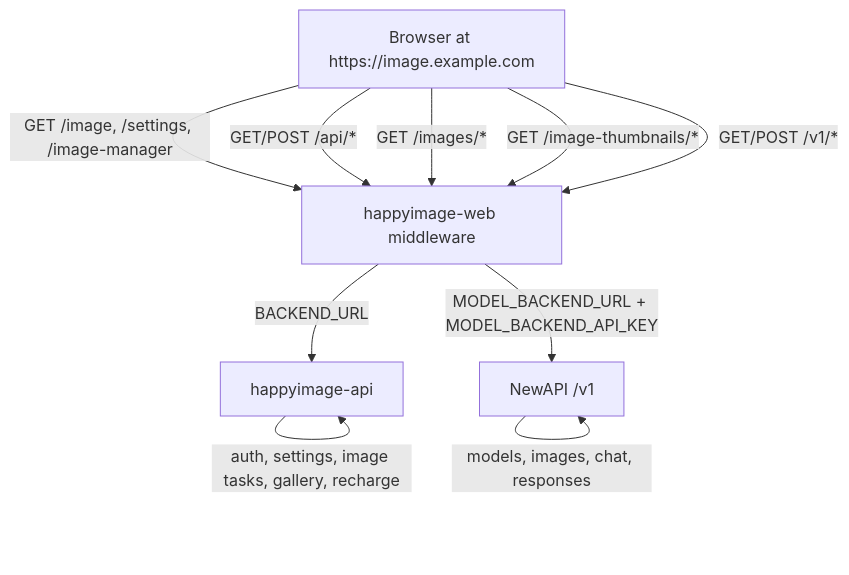
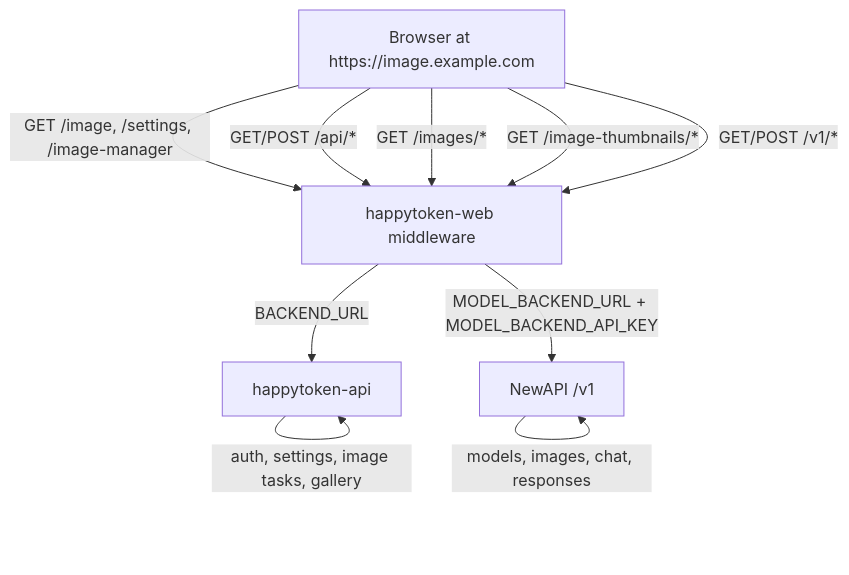
One commit to happy-token/HappyImage changed the second of 7 diagrams in docs/architecture.md. Above: the diagram before and after it, drawn with Mermaid. The commit also changed other lines of this file and 109 other files, not shown here.

Commit message:
Refactor auth and image workspace backend

````diff
--- a/docs/architecture.md
+++ b/docs/architecture.md
@@ -34,19 +34,19 @@
 ```mermaid
 flowchart TD
   Browser["Browser at https://image.example.com"]
-  Middleware["happyimage-web middleware"]
-  ProductAPI["happyimage-api"]
+  Middleware["happytoken-web middleware"]
+  ProductAPI["happytoken-api"]
   ModelGateway["NewAPI /v1"]
 
   Browser -->|"GET /image, /settings, /image-manager"| Middleware
   Browser -->|"GET/POST /api/*"| Middleware
   Browser -->|"GET /images/*"| Middleware
   Browser -->|"GET /image-thumbnails/*"| Middleware
   Browser -->|"GET/POST /v1/*"| Middleware
 
   Middleware -->|"BACKEND_URL"| ProductAPI
   Middleware -->|"MODEL_BACKEND_URL + MODEL_BACKEND_API_KEY"| ModelGateway
 
-  ProductAPI -->|"auth, settings, image tasks, gallery, recharge"| ProductAPI
+  ProductAPI -->|"auth, settings, image tasks, gallery"| ProductAPI
   ModelGateway -->|"models, images, chat, responses"| ModelGateway
 ```
````
